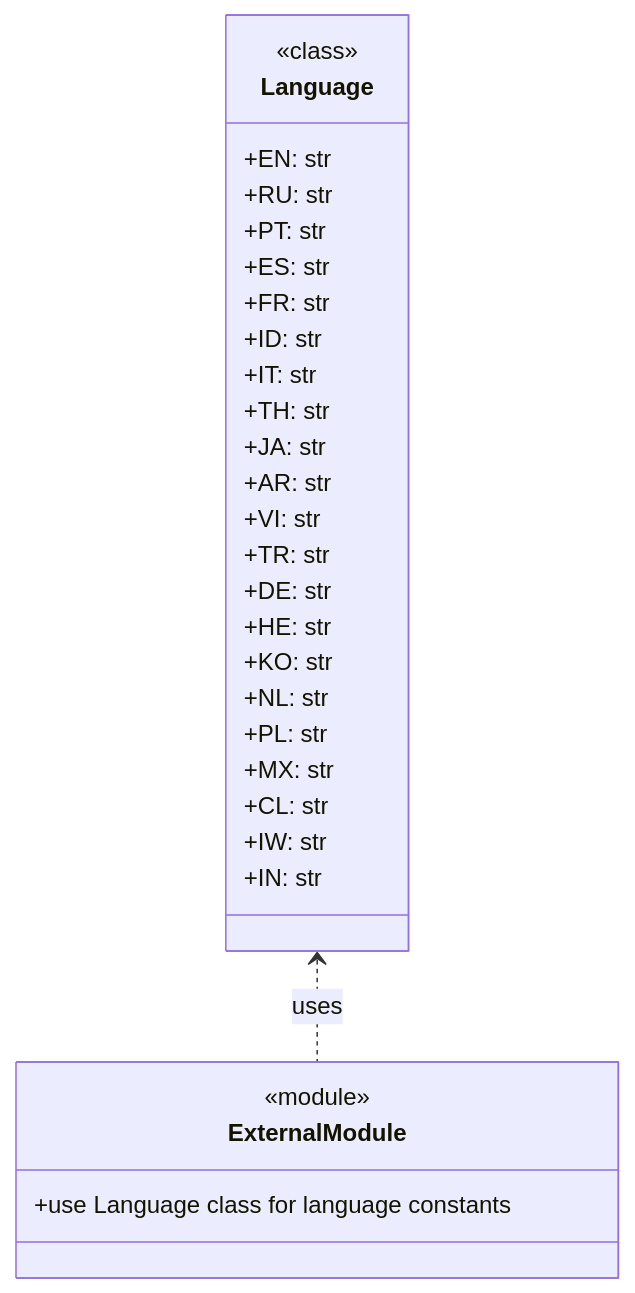
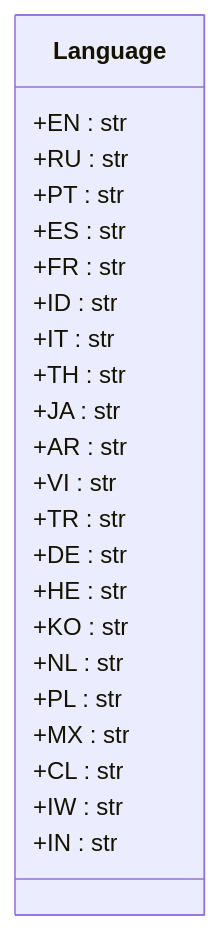
The diagram in docs/gemini/ru/explainer/src/suppliers/aliexpress/api/models/languages.py.md (hypo69/hypo), drawn with Mermaid before and after one commit. The commit also changed other lines of this file and 223 other files, not shown here.

````diff
--- a/docs/gemini/ru/explainer/src/suppliers/aliexpress/api/models/languages.py.md
+++ b/docs/gemini/ru/explainer/src/suppliers/aliexpress/api/models/languages.py.md
@@ -19,35 +20,28 @@
 ```mermaid
 classDiagram
-    class Language {
-        <<class>>
-        +EN: str
-        +RU: str
-        +PT: str
-        +ES: str
-        +FR: str
-        +ID: str
-        +IT: str
-        +TH: str
-        +JA: str
-        +AR: str
-        +VI: str
-        +TR: str
-        +DE: str
-        +HE: str
-        +KO: str
-        +NL: str
-        +PL: str
-        +MX: str
-        +CL: str
-        +IW: str
-        +IN: str
-    }
-    
-    class ExternalModule {
-        <<module>>
-        +use Language class for language constants
+    class Language{
+        +EN : str
+        +RU : str
+        +PT : str
+        +ES : str
+        +FR : str
+        +ID : str
+        +IT : str
+        +TH : str
+        +JA : str
+        +AR : str
+        +VI : str
+        +TR : str
+        +DE : str
+        +HE : str
+        +KO : str
+        +NL : str
+        +PL : str
+        +MX : str
+        +CL : str
+        +IW : str
+        +IN : str
     }
 
-    Language <.. ExternalModule : uses
-
+    
 ```
````
